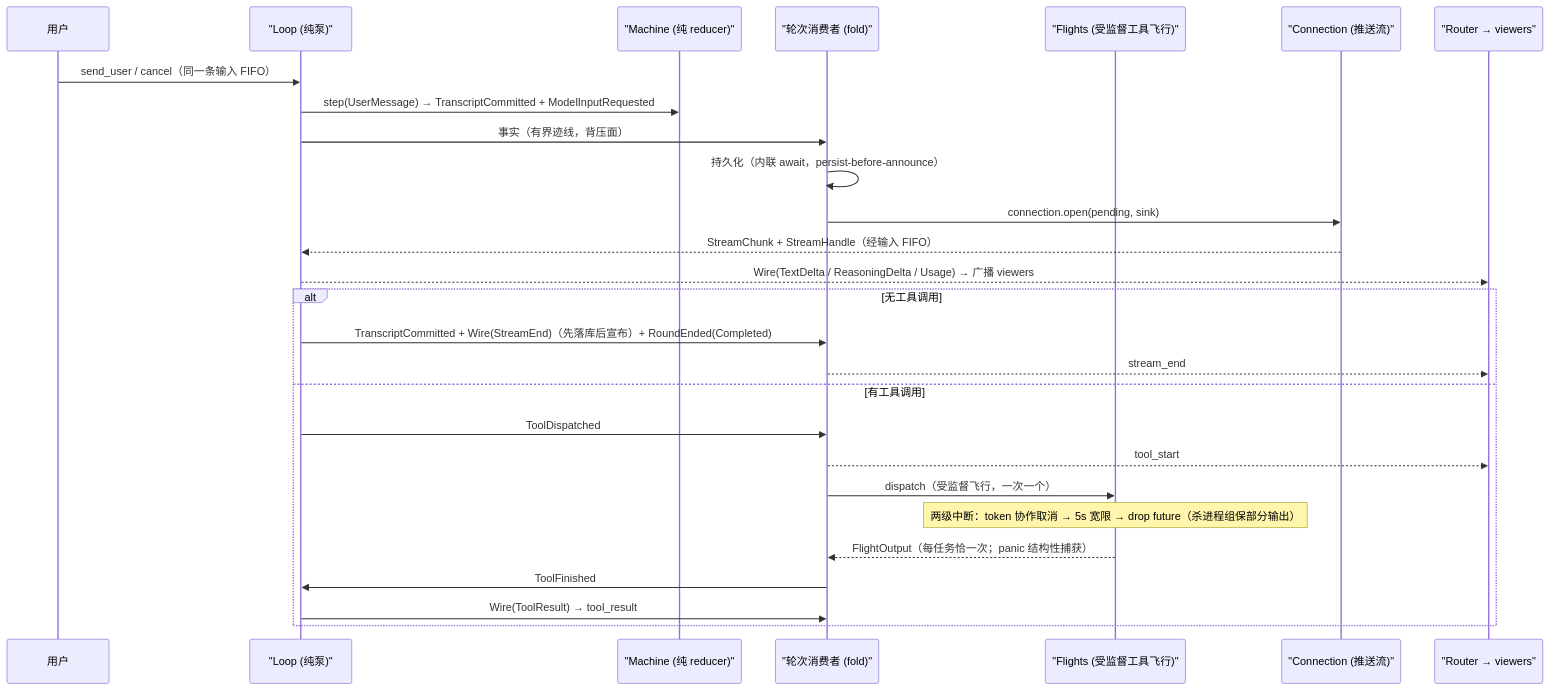
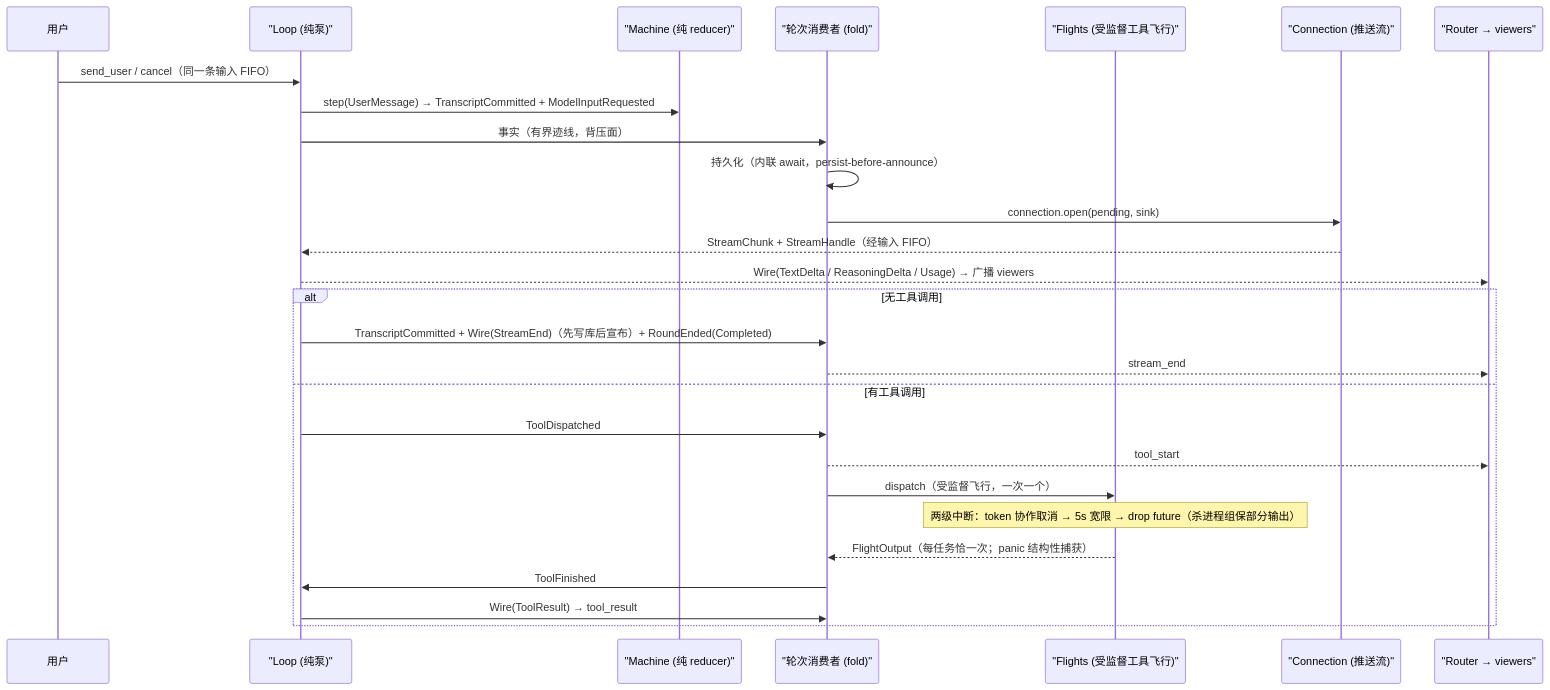
The fourth of 8 diagrams in docs/architecture.md (km0e/flux), drawn with Mermaid before and after one commit. The commit also changed other lines of this file and 22 other files, not shown here.

````diff
--- a/docs/architecture.md
+++ b/docs/architecture.md
@@ -193,30 +193,30 @@
 ```mermaid
 sequenceDiagram
  participant U as 用户
  participant RT as "Loop (纯泵)"
  participant M as "Machine (纯 reducer)"
  participant C as "轮次消费者 (fold)"
  participant FL as "Flights (受监督工具飞行)"
  participant P as "Connection (推送流)"
  participant R as "Router → viewers"
 
  U->>RT: send_user / cancel（同一条输入 FIFO）
  RT->>M: step(UserMessage) → TranscriptCommitted + ModelInputRequested
  RT->>C: 事实（有界迹线，背压面）
  C->>C: 持久化（内联 await，persist-before-announce）
  C->>P: connection.open(pending, sink)
  P-->>RT: StreamChunk + StreamHandle（经输入 FIFO）
  RT-->>R: Wire(TextDelta / ReasoningDelta / Usage) → 广播 viewers
  alt 无工具调用
-  RT->>C: TranscriptCommitted + Wire(StreamEnd)（先落库后宣布）+ RoundEnded(Completed)
+  RT->>C: TranscriptCommitted + Wire(StreamEnd)（先写库后宣布）+ RoundEnded(Completed)
   C-->>R: stream_end
  else 有工具调用
   RT->>C: ToolDispatched
   C-->>R: tool_start
   C->>FL: dispatch（受监督飞行，一次一个）
   Note over FL: 两级中断：token 协作取消 → 5s 宽限 → drop future（杀进程组保部分输出）
   FL-->>C: FlightOutput（每任务恰一次；panic 结构性捕获）
   C->>RT: ToolFinished
   RT->>C: Wire(ToolResult) → tool_result
  end
 ```
````
